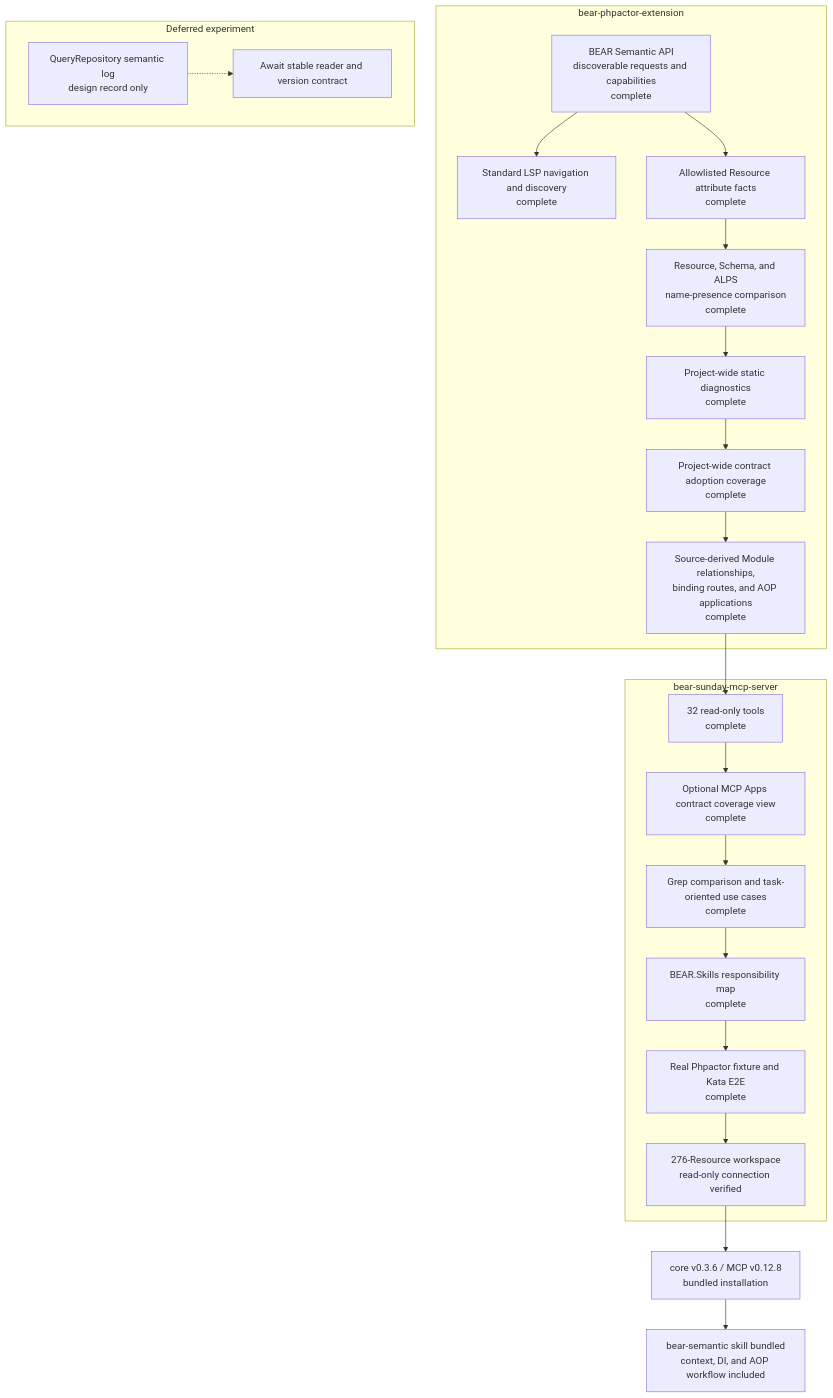
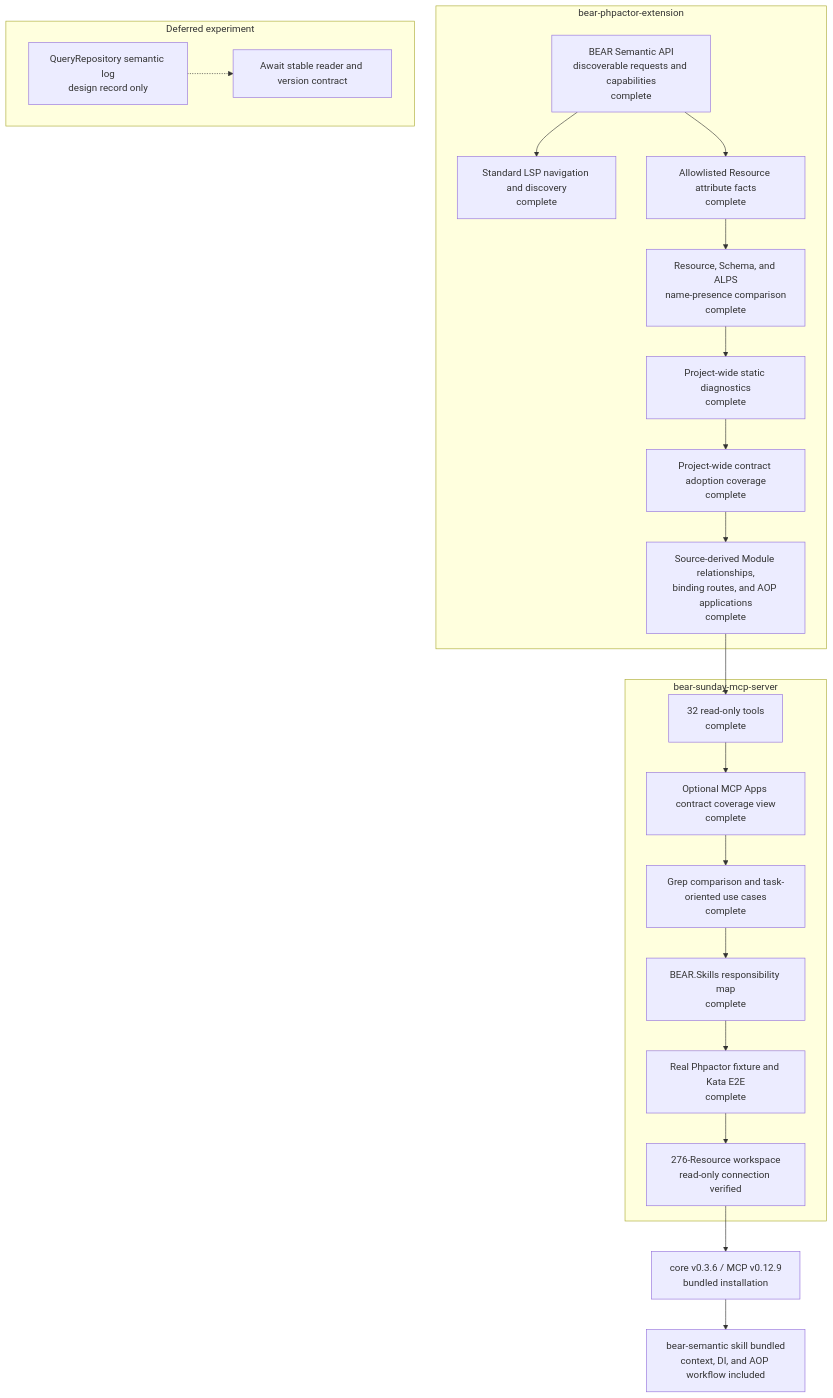
The diagram in docs/project-status.md (suzumaze/bear-sunday-mcp-server), drawn with Mermaid before and after one commit. The commit also changed other lines of this file and 3 other files, not shown here.

````diff
--- a/docs/project-status.md
+++ b/docs/project-status.md
@@ -9,35 +9,35 @@
 ```mermaid
 flowchart TB
     subgraph Core["bear-phpactor-extension"]
         C1["BEAR Semantic API<br/>discoverable requests and capabilities<br/>complete"]
         C2["Standard LSP navigation and discovery<br/>complete"]
         C3["Allowlisted Resource attribute facts<br/>complete"]
         C4["Resource, Schema, and ALPS<br/>name-presence comparison<br/>complete"]
         C5["Project-wide static diagnostics<br/>complete"]
         C6["Project-wide contract adoption coverage<br/>complete"]
         C7["Source-derived Module relationships,<br/>binding routes, and AOP applications<br/>complete"]
         C1 --> C2
         C1 --> C3 --> C4 --> C5 --> C6 --> C7
     end
 
     subgraph MCP["bear-sunday-mcp-server"]
         M1["32 read-only tools<br/>complete"]
         M0["Optional MCP Apps contract coverage view<br/>complete"]
         M2["Grep comparison and task-oriented use cases<br/>complete"]
         M3["BEAR.Skills responsibility map<br/>complete"]
         M4["Real Phpactor fixture and Kata E2E<br/>complete"]
         M5["276-Resource workspace<br/>read-only connection verified"]
         M1 --> M0 --> M2 --> M3 --> M4 --> M5
     end
 
     C7 --> M1
 
     subgraph Deferred["Deferred experiment"]
         D1["QueryRepository semantic log<br/>design record only"]
         D2["Await stable reader and version contract"]
         D1 -.-> D2
     end
 
-    M5 --> R1["core v0.3.6 / MCP v0.12.8<br/>bundled installation"]
+    M5 --> R1["core v0.3.6 / MCP v0.12.9<br/>bundled installation"]
     R1 --> S1["bear-semantic skill bundled<br/>context, DI, and AOP workflow included"]
 ```
````
